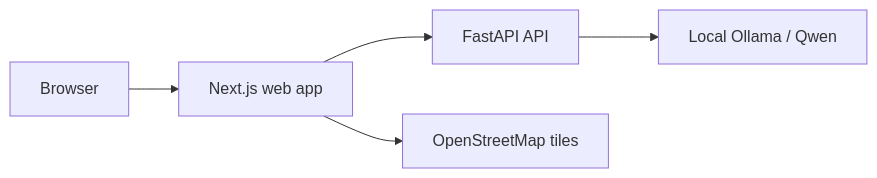
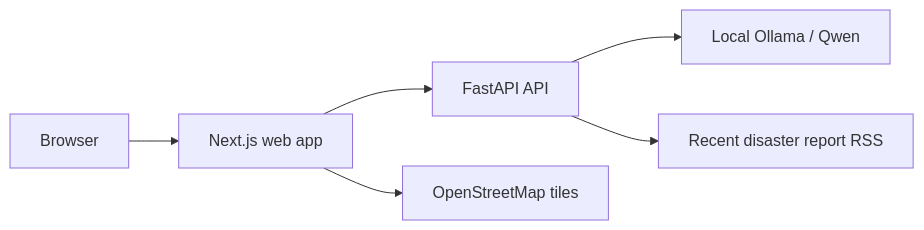
Before and after one commit to FearOfTheSea/DisasterMonitor: the first of 3 diagrams in docs/architecture.md, drawn with Mermaid. The commit also changed other lines of this file and 19 other files, not shown here.

````diff
--- a/docs/architecture.md
+++ b/docs/architecture.md
@@ -5,7 +5,8 @@
 ```mermaid
 flowchart LR
     browser["Browser"] --> web["Next.js web app"]
     web --> api["FastAPI API"]
     api --> ollama["Local Ollama / Qwen"]
+    api --> rss["Recent disaster report RSS"]
     web --> osm["OpenStreetMap tiles"]
 ```
````
